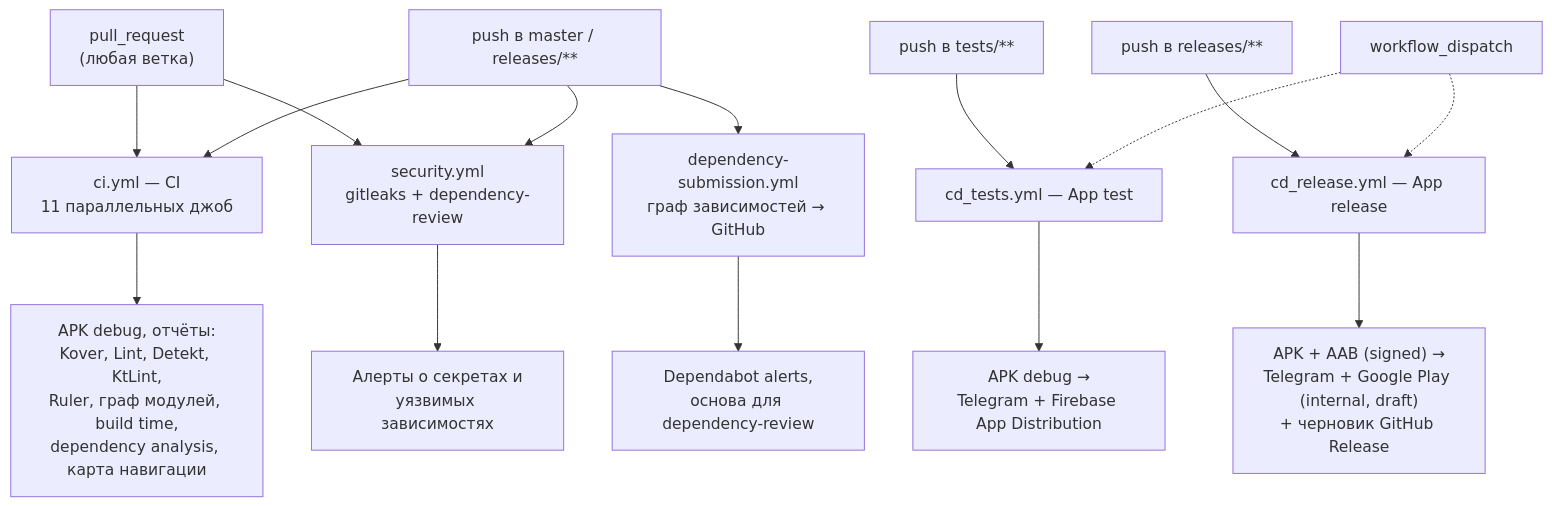
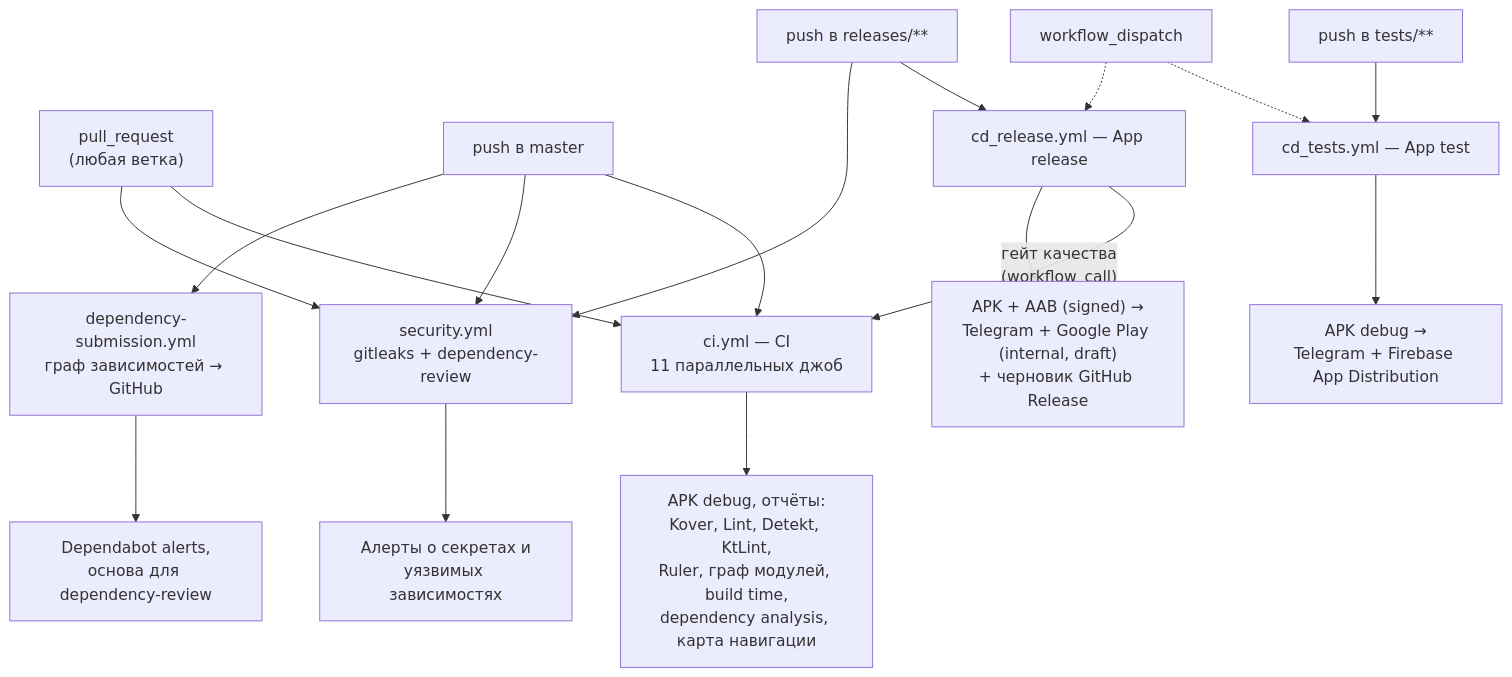
One commit to IliaVoskoboinikov/Finance-Manager changed the first of 4 diagrams in docs/ci-cd.md. Above: the diagram before and after it, drawn with Mermaid. The commit also changed other lines of this file and 3 other files, not shown here.

````diff
--- a/docs/ci-cd.md
+++ b/docs/ci-cd.md
@@ -14,18 +14,20 @@
 ```mermaid
 flowchart TD
     pr["pull_request<br/>(любая ветка)"] --> ci["ci.yml — CI<br/>11 параллельных джоб"]
-    pushM["push в master / releases/**"] --> ci
+    pushM["push в master"] --> ci
     pr --> sec["security.yml<br/>gitleaks + dependency-review"]
     pushM --> sec
     pushM --> dep["dependency-submission.yml<br/>граф зависимостей → GitHub"]
     pushT["push в tests/**"] --> cdt["cd_tests.yml — App test"]
     pushR["push в releases/**"] --> cdr["cd_release.yml — App release"]
+    pushR --> sec
+    cdr -->|"гейт качества<br/>(workflow_call)"| ci
     wd["workflow_dispatch"] -.-> cdt
     wd -.-> cdr
 
     ci --> art1["APK debug, отчёты:<br/>Kover, Lint, Detekt, KtLint,<br/>Ruler, граф модулей, build time,<br/>dependency analysis, карта навигации"]
     sec --> art4["Алерты о секретах и<br/>уязвимых зависимостях"]
     dep --> art5["Dependabot alerts,<br/>основа для dependency-review"]
     cdt --> art2["APK debug →<br/>Telegram + Firebase App Distribution"]
     cdr --> art3["APK + AAB (signed) →<br/>Telegram + Google Play (internal, draft)<br/>+ черновик GitHub Release"]
 ```
````
